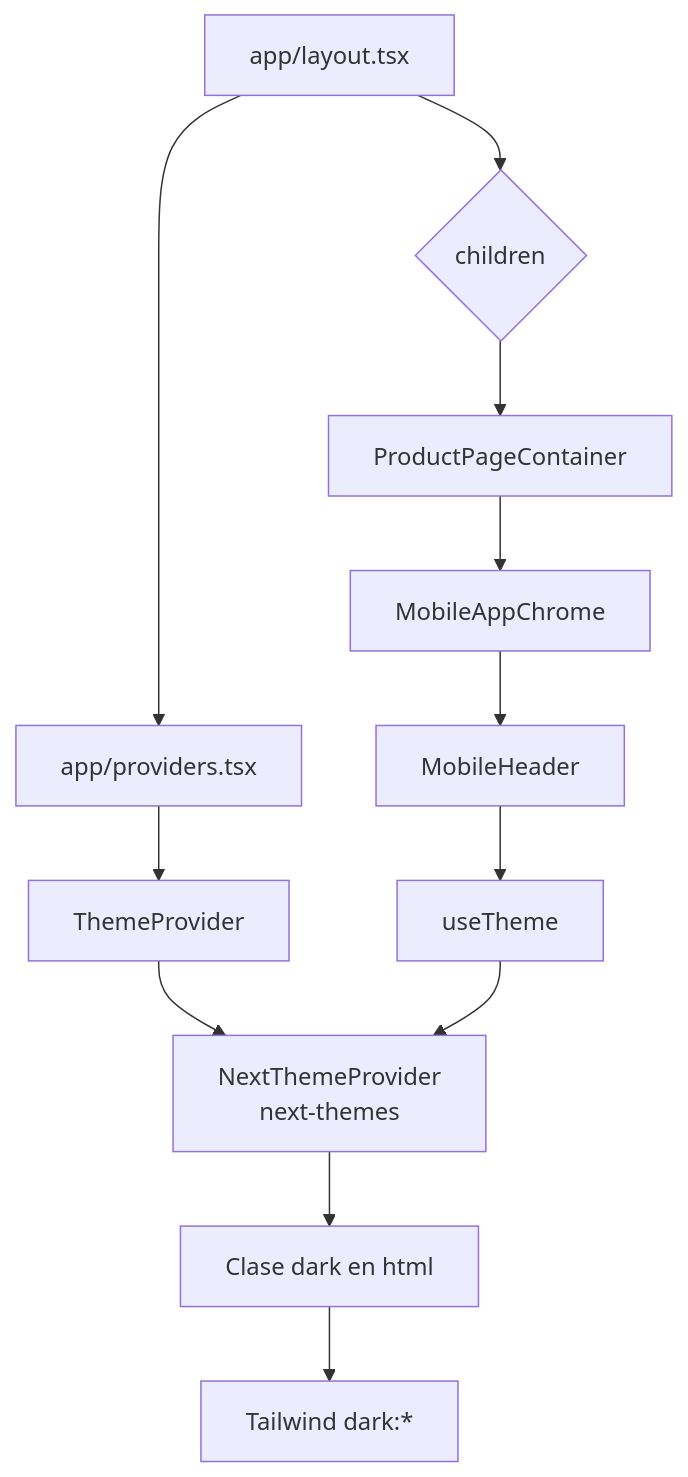
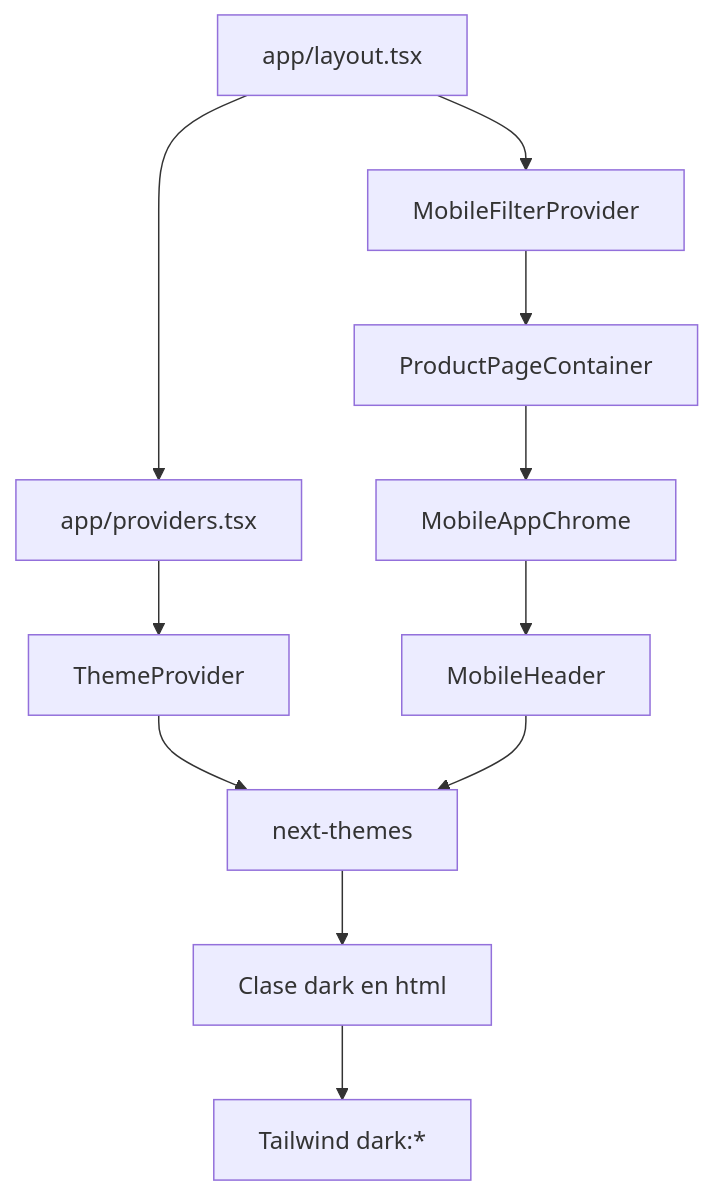
The first of 4 diagrams in documentacion/GUIA_HIDRATACION_TEMA_MOBILEHEADER.md (BrandonAlbertt/ecommerce-sosaimpor-frontend), drawn with Mermaid before and after one commit. The commit also changed other lines of this file and 13 other files, not shown here.

````diff
--- a/documentacion/GUIA_HIDRATACION_TEMA_MOBILEHEADER.md
+++ b/documentacion/GUIA_HIDRATACION_TEMA_MOBILEHEADER.md
@@ -13,15 +7,13 @@
 ```mermaid
 flowchart TD
   A[app/layout.tsx] --> B[app/providers.tsx]
   B --> C[ThemeProvider]
-  C --> D[NextThemeProvider<br/>next-themes]
+  C --> D[next-themes]
   D --> E[Clase dark en html]
   E --> F[Tailwind dark:*]
-
-  A --> G{children}
+  A --> G[MobileFilterProvider]
   G --> H[ProductPageContainer]
   H --> I[MobileAppChrome]
   I --> J[MobileHeader]
-  J --> K[useTheme]
-  K --> D
+  J --> D
 ```
````
